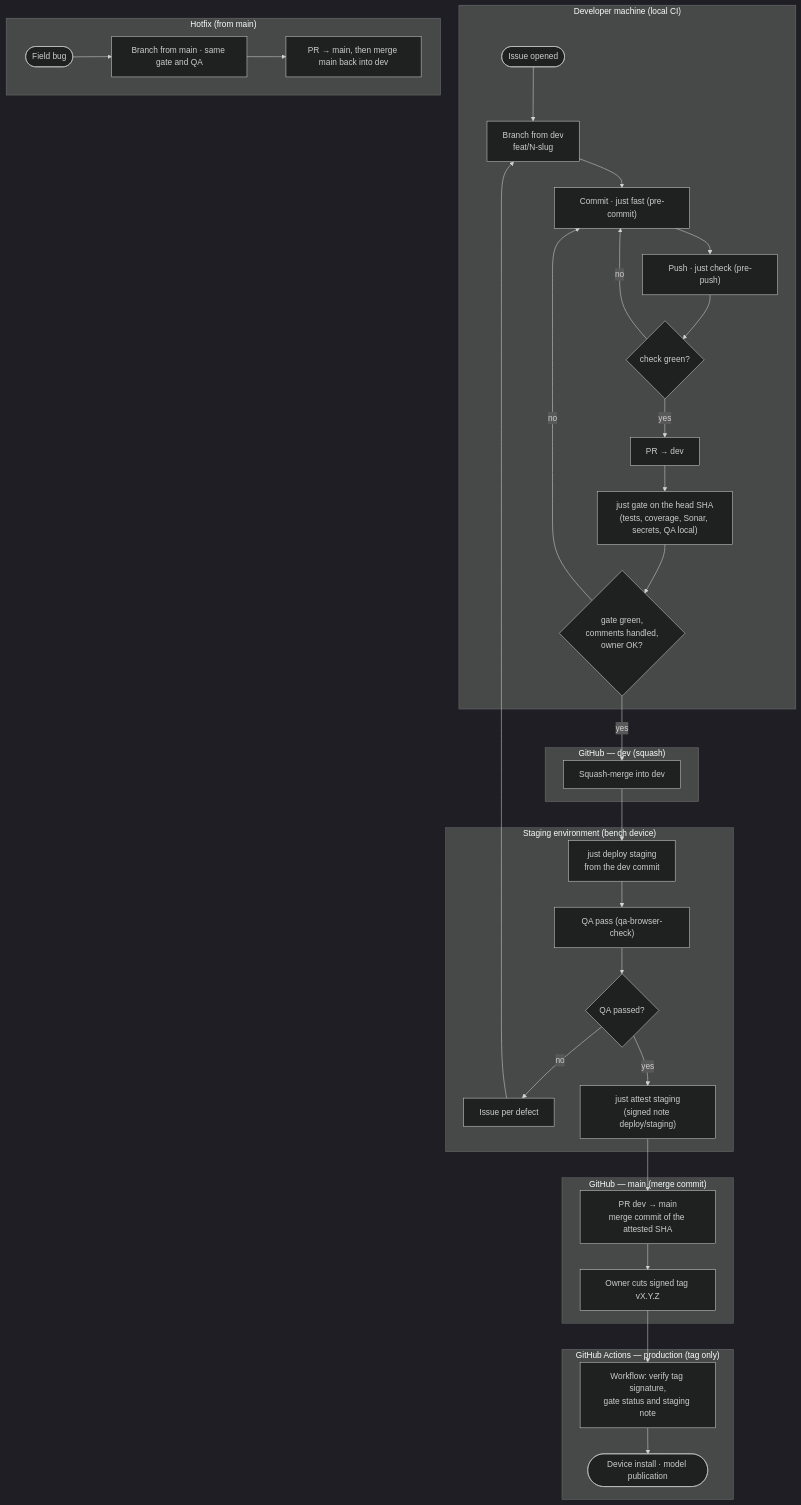
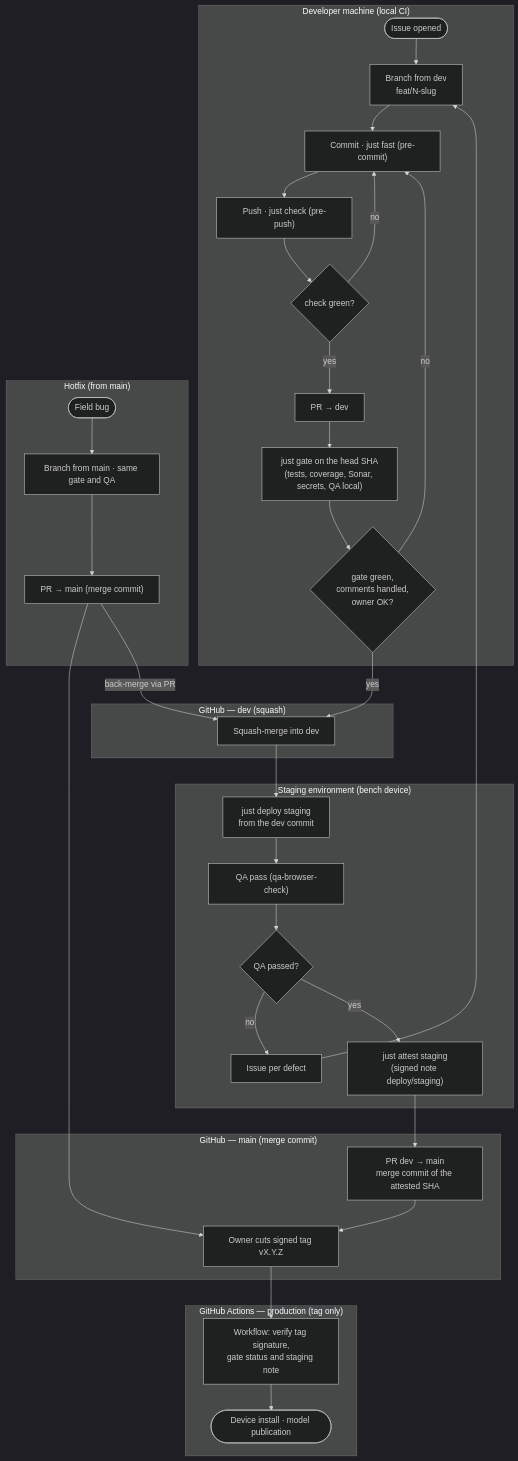
Before and after one commit to benoit-bremaud/aristech: the diagram in docs/architecture/diagrams/promotion/01-activity.md, drawn with Mermaid (dark theme). The commit also changed other lines of this file and 5 other files, not shown here.

````diff
--- a/docs/architecture/diagrams/promotion/01-activity.md
+++ b/docs/architecture/diagrams/promotion/01-activity.md
@@ -14,41 +15,49 @@
 ```mermaid
 flowchart TD
     subgraph Local["Developer machine (local CI)"]
         A([Issue opened]) --> B["Branch from dev<br/>feat/N-slug"]
         B --> C["Commit · just fast (pre-commit)"]
         C --> D["Push · just check (pre-push)"]
         D --> E{"check green?"}
         E -- no --> C
         E -- yes --> F["PR → dev"]
         F --> G["just gate on the head SHA<br/>(tests, coverage, Sonar, secrets, QA local)"]
         G --> H{"gate green,<br/>comments handled,<br/>owner OK?"}
         H -- no --> C
     end
 
     subgraph Integration["GitHub — dev (squash)"]
-        H -- yes --> I["Squash-merge into dev"]
+        I["Squash-merge into dev"]
     end
 
     subgraph Staging["Staging environment (bench device)"]
-        I --> J["just deploy staging<br/>from the dev commit"]
+        J["just deploy staging<br/>from the dev commit"]
         J --> K["QA pass (qa-browser-check)"]
         K --> L{"QA passed?"}
-        L -- no --> M["Issue per defect"] --> B
+        L -- no --> M["Issue per defect"]
         L -- yes --> N["just attest staging<br/>(signed note deploy/staging)"]
     end
 
     subgraph Main["GitHub — main (merge commit)"]
-        N --> O["PR dev → main<br/>merge commit of the attested SHA"]
+        O["PR dev → main<br/>merge commit of the attested SHA"]
         O --> P["Owner cuts signed tag vX.Y.Z"]
     end
 
     subgraph Prod["GitHub Actions — production (tag only)"]
-        P --> Q["Workflow: verify tag signature,<br/>gate status and staging note"]
+        Q["Workflow: verify tag signature,<br/>gate status and staging note"]
         Q --> R(["Device install · model publication"])
     end
 
     subgraph Hotfix["Hotfix (from main)"]
         X([Field bug]) --> Y["Branch from main · same gate and QA"]
-        Y --> Z["PR → main, then merge main back into dev"]
+        Y --> Z["PR → main (merge commit)"]
     end
+
+    H -- yes --> I
+    I --> J
+    M --> B
+    N --> O
+    P --> Q
+    Z --> P
+    Z -- "back-merge via PR" --> I
 ```
````
